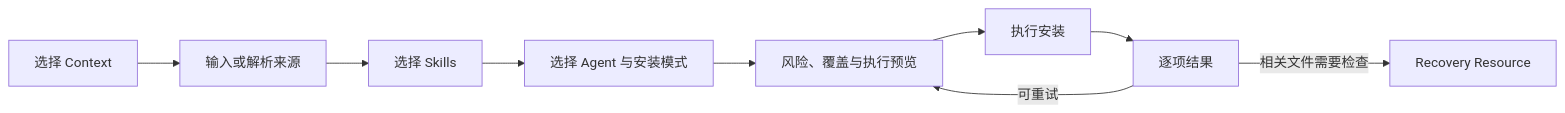
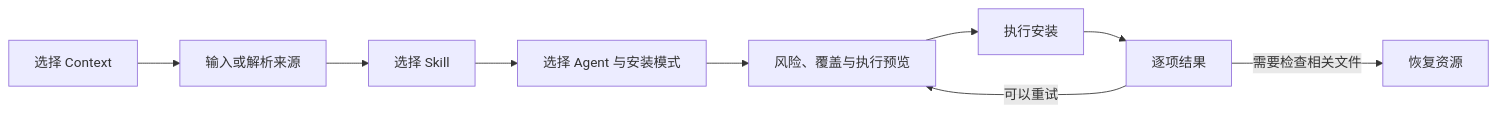
The third of 3 diagrams in docs/product.md (Hccake/skill-deck), drawn with Mermaid before and after one commit. The commit also changed other lines of this file and 3 other files, not shown here.

````diff
--- a/docs/product.md
+++ b/docs/product.md
@@ -95,11 +97,11 @@
 ```mermaid
 flowchart LR
     Scope["选择 Context"] --> Source["输入或解析来源"]
-    Source --> Select["选择 Skills"]
+    Source --> Select["选择 Skill"]
     Select --> Agents["选择 Agent 与安装模式"]
     Agents --> Preview["风险、覆盖与执行预览"]
     Preview --> Execute["执行安装"]
     Execute --> Result["逐项结果"]
-    Result -->|可重试| Preview
-    Result -->|相关文件需要检查| Recovery["Recovery Resource"]
+    Result -->|可以重试| Preview
+    Result -->|需要检查相关文件| Recovery["恢复资源"]
 ```
````
